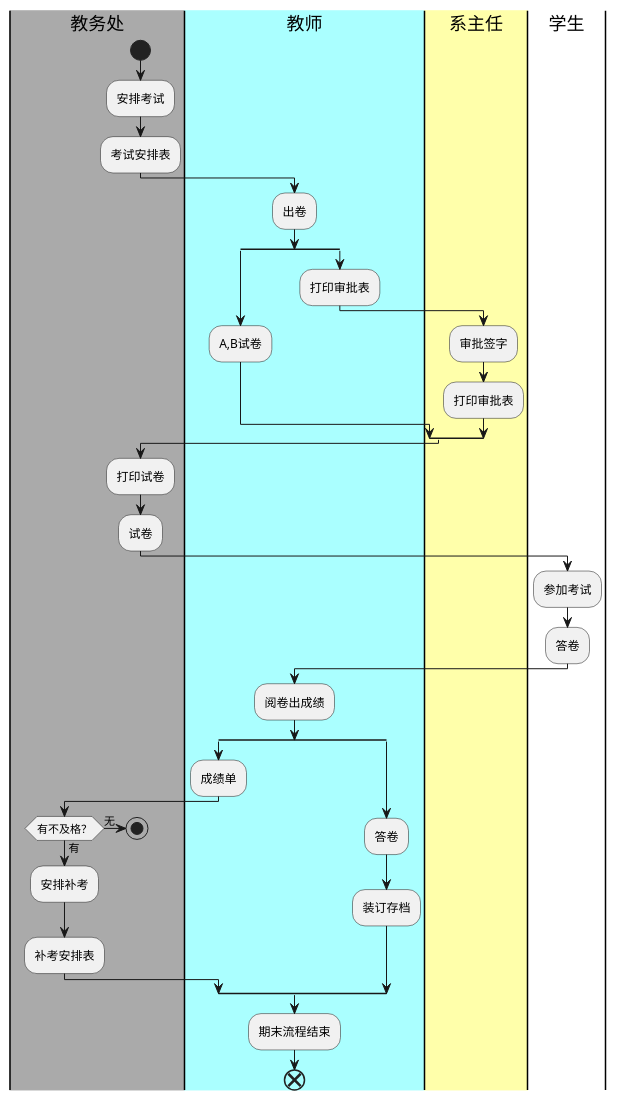
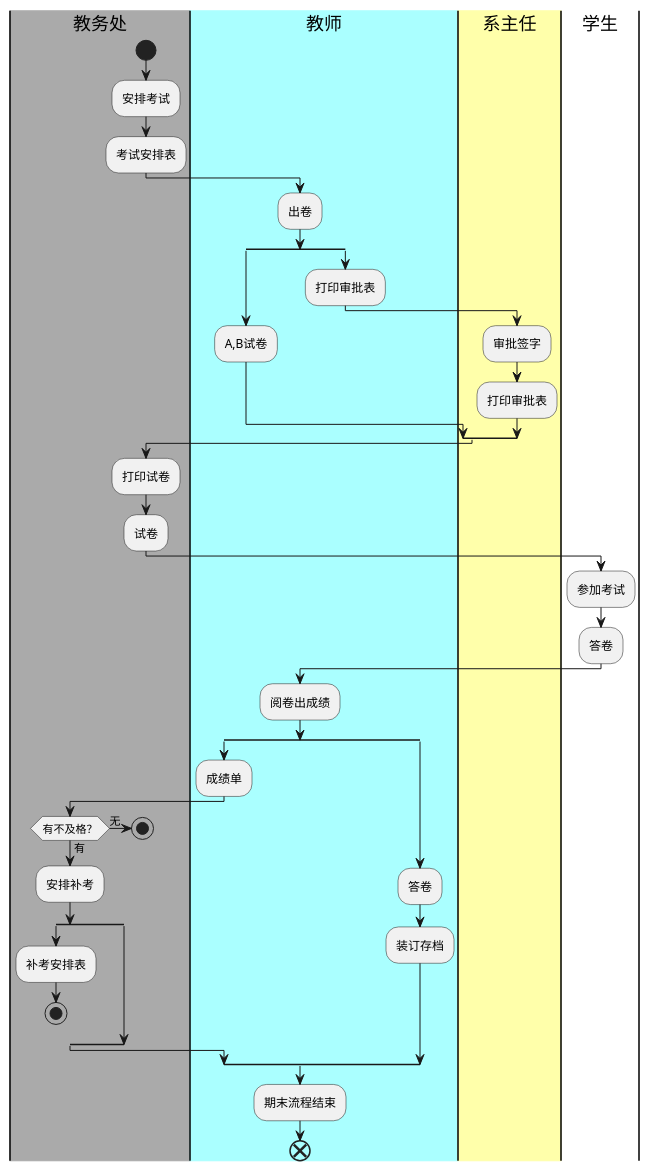
Before and after one commit to zemaochen/is_analysis: the diagram in test1/flow1.puml, drawn with PlantUML. The commit also changed 2 other files, not shown here.

Commit message:
期末考试流程图

```diff
--- a/test1/flow1.puml
+++ b/test1/flow1.puml
@@ -1,44 +1,49 @@
 @startuml
 |#aaa|教务处|
 start
 :安排考试;
 :考试安排表;
 |#aff|教师|
 :出卷;
 split
     :A,B试卷;
 split again
     :打印审批表;
 |#ffa|系主任|
     :审批签字;
     :打印审批表;
 |教务处|
 end split
 
     :打印试卷;
     :试卷;
 |学生|
     :参加考试;
     :答卷;
 |教师|
     :阅卷出成绩;
 split
     :成绩单;
 |教务处|
     if(有不及格？)then(有)
     :安排补考;
+    split
     :补考安排表;
+    stop
+    split again
+    end split
     else(无)
+
     stop
     endif
 
 split again
 |教师|
     :答卷;
     :装订存档;
 end split
     :期末流程结束;
 
 
 end
 @enduml
```
